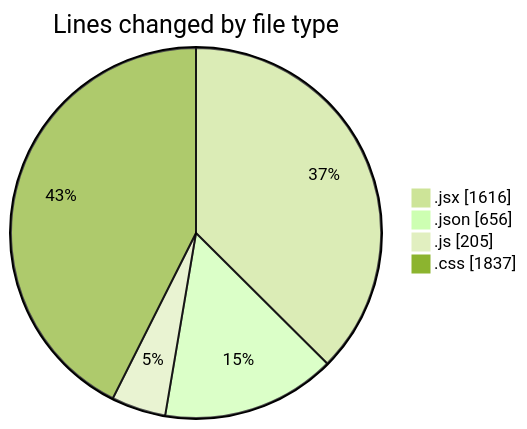
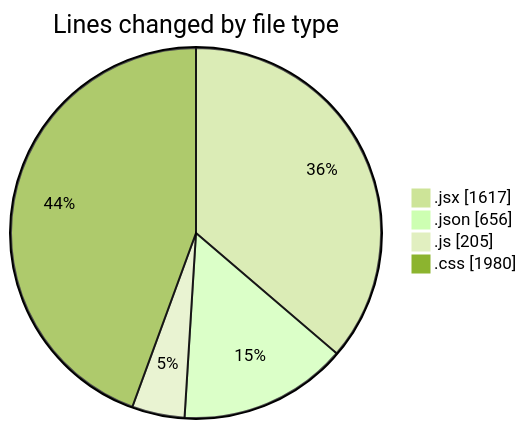
One commit to BS-eng2023/code-tracking changed the first of 2 diagrams in 2025-05-04/project/README.md. Above: the diagram before and after it, drawn with Mermaid (forest theme). The commit also changed other lines of this file and 1 other file, not shown here.

````diff
--- a/2025-05-04/project/README.md
+++ b/2025-05-04/project/README.md
@@ -41,8 +42,8 @@
 ```mermaid
 pie showData
 title Lines changed by file type
-".jsx" : 1616
+".jsx" : 1617
 ".json" : 656
 ".js" : 205
-".css" : 1837
+".css" : 1980
 ```
````
